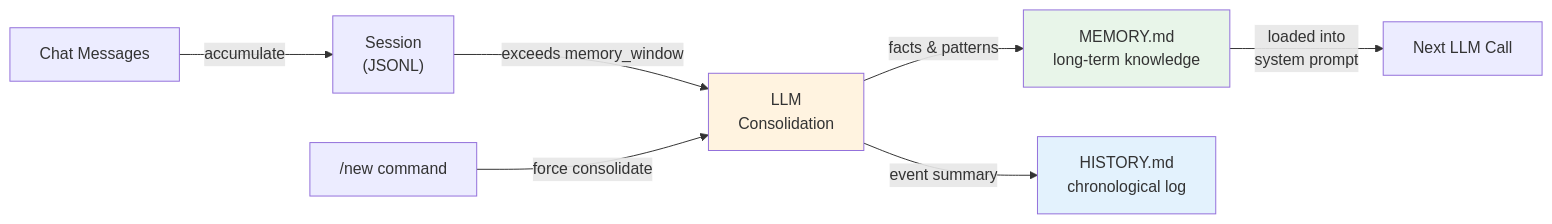
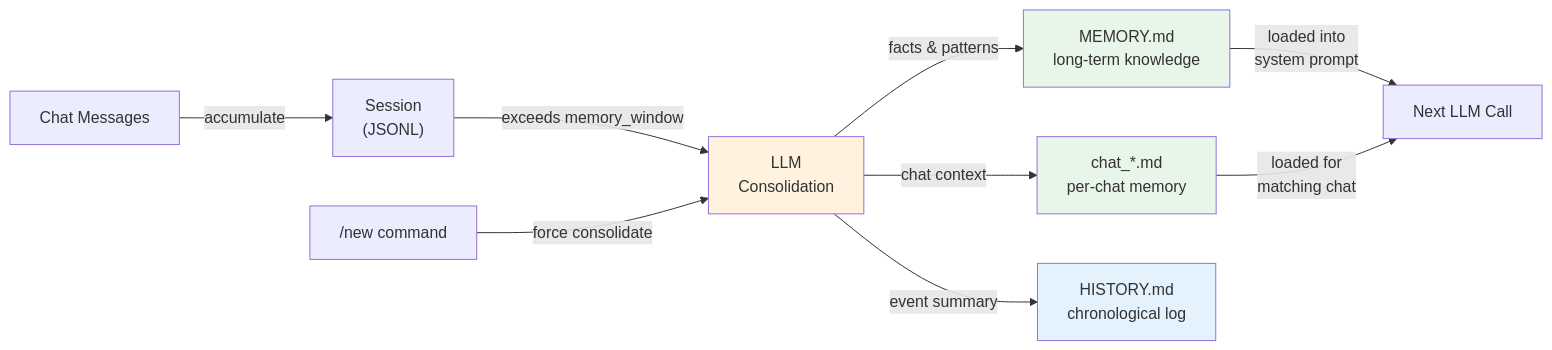
The fourth of 4 diagrams in README.md (ddx-510/nano-bot-go), drawn with Mermaid before and after one commit. The commit also changed other lines of this file and 13 other files, not shown here.

````diff
--- a/README.md
+++ b/README.md
@@ -212,18 +282,23 @@
 ```mermaid
 graph LR
     CHAT["Chat Messages"] -->|"accumulate"| SESS["Session
     (JSONL)"]
     SESS -->|"exceeds memory_window"| CONS["LLM
     Consolidation"]
     CONS -->|"facts & patterns"| MEM["MEMORY.md
     long-term knowledge"]
+    CONS -->|"chat context"| CMEM["chat_*.md
+    per-chat memory"]
     CONS -->|"event summary"| HIST["HISTORY.md
     chronological log"]
     MEM -->|"loaded into
     system prompt"| LLM["Next LLM Call"]
+    CMEM -->|"loaded for
+    matching chat"| LLM
     STOP["/new command"] -->|"force consolidate"| CONS
 
     style MEM fill:#e8f5e9
+    style CMEM fill:#e8f5e9
     style HIST fill:#e3f2fd
     style CONS fill:#fff3e0
 ```
````
